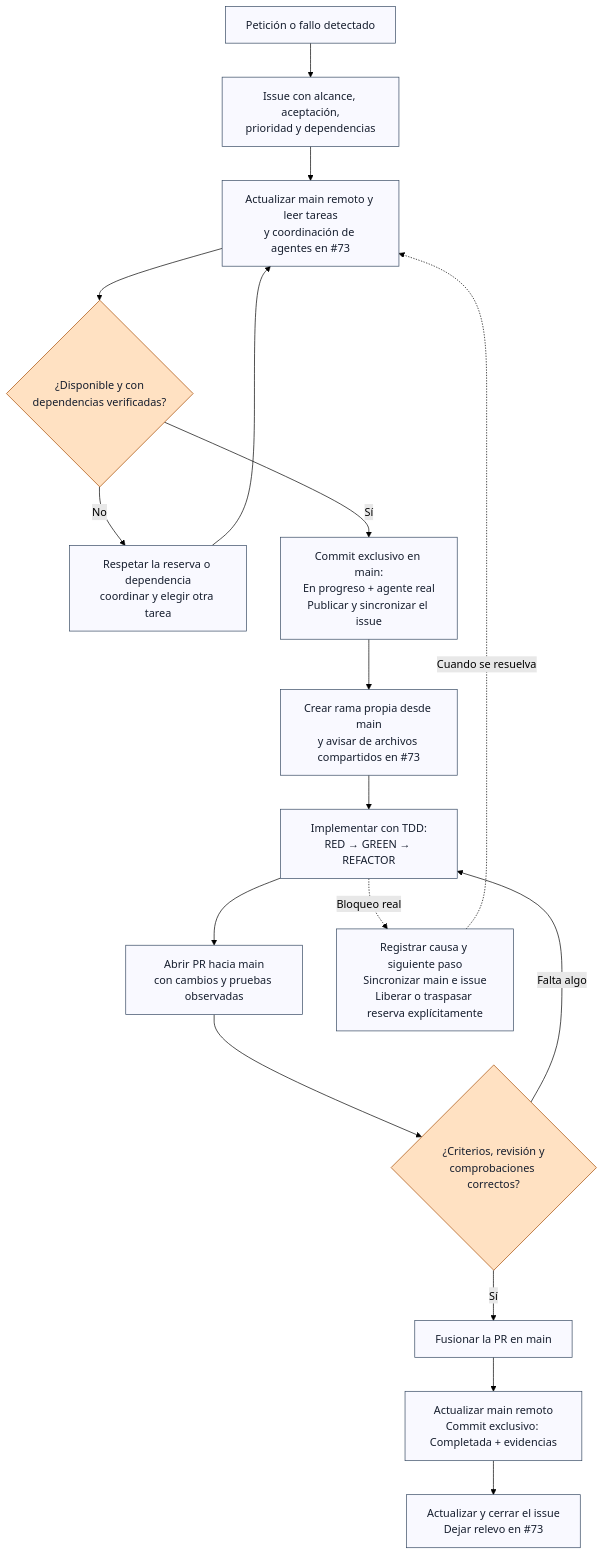
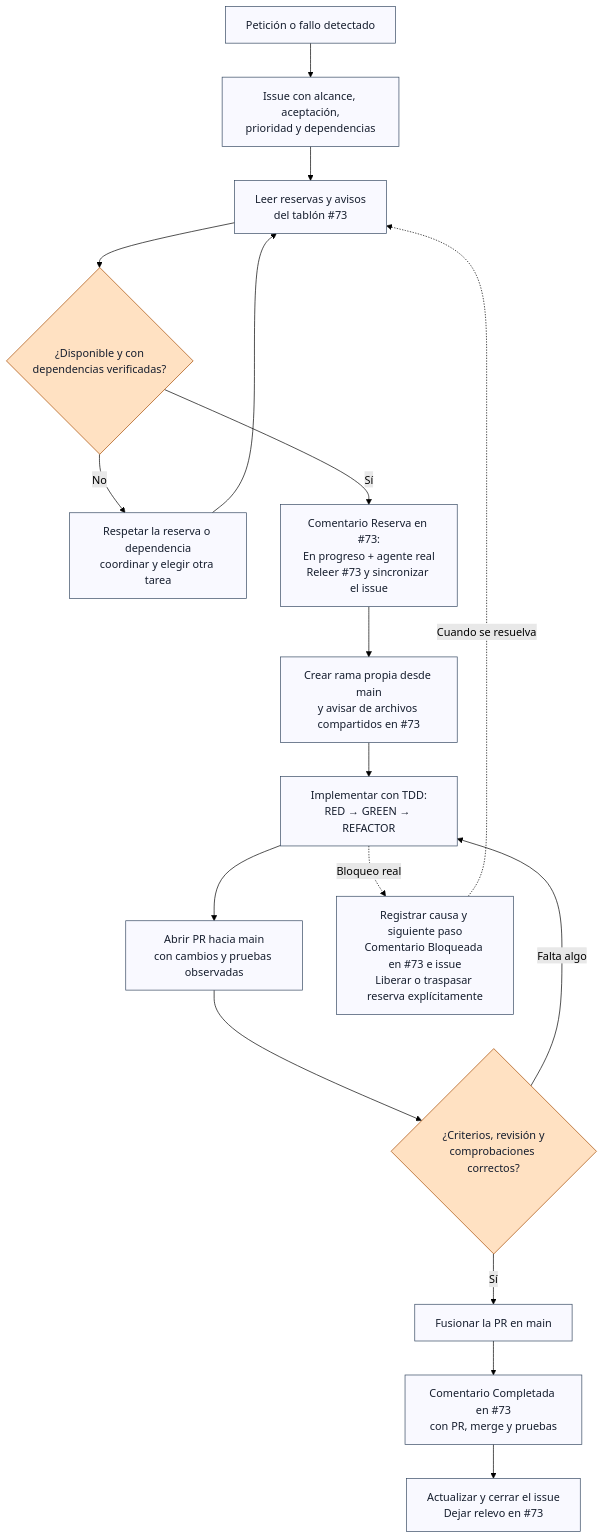
Before and after one commit to migdlp/opinion-social-media: the first of 3 diagrams in docs/flujo-trabajo.md, drawn with Mermaid (forest theme). The commit also changed other lines of this file and 5 other files, not shown here.

First line of the commit message:
docs(coordinación): reservar y seguir tareas en el issue #73 en vez de commits en main (D-043)

````diff
--- a/docs/flujo-trabajo.md
+++ b/docs/flujo-trabajo.md
@@ -9,25 +9,25 @@
 ```mermaid
 flowchart TD
     accTitle: Ciclo de trabajo de una tarea
     accDescr: Petición, backlog, reserva publicada, rama propia, pruebas y PR, integración, actualización del estado y cierre del issue. Los bloqueos se registran y las reservas se liberan de forma explícita.
     A["Petición o fallo detectado"] --> B["Issue con alcance, aceptación,<br/>prioridad y dependencias"]
-    B --> C["Actualizar main remoto y leer tareas<br/>y coordinación de agentes en #73"]
+    B --> C["Leer reservas y avisos<br/>del tablón #73"]
     C --> D{"¿Disponible y con<br/>dependencias verificadas?"}
     D -->|No| E["Respetar la reserva o dependencia<br/>coordinar y elegir otra tarea"]
     E --> C
-    D -->|Sí| F["Commit exclusivo en main:<br/>En progreso + agente real<br/>Publicar y sincronizar el issue"]
+    D -->|Sí| F["Comentario Reserva en #73:<br/>En progreso + agente real<br/>Releer #73 y sincronizar el issue"]
     F --> G["Crear rama propia desde main<br/>y avisar de archivos compartidos en #73"]
     G --> H["Implementar con TDD:<br/>RED → GREEN → REFACTOR"]
     H --> I["Abrir PR hacia main<br/>con cambios y pruebas observadas"]
     I --> J{"¿Criterios, revisión y<br/>comprobaciones correctos?"}
     J -->|Falta algo| H
     J -->|Sí| K["Fusionar la PR en main"]
-    K --> L["Actualizar main remoto<br/>Commit exclusivo: Completada + evidencias"]
+    K --> L["Comentario Completada en #73<br/>con PR, merge y pruebas"]
     L --> M["Actualizar y cerrar el issue<br/>Dejar relevo en #73"]
-    H -. Bloqueo real .-> N["Registrar causa y siguiente paso<br/>Sincronizar main e issue<br/>Liberar o traspasar reserva explícitamente"]
+    H -. Bloqueo real .-> N["Registrar causa y siguiente paso<br/>Comentario Bloqueada en #73 e issue<br/>Liberar o traspasar reserva explícitamente"]
     N -. Cuando se resuelva .-> C
     classDef work fill:#F9F9FF,stroke:#354861,color:#161E2E;
     classDef gate fill:#FFE1C2,stroke:#A64B00,color:#161E2E;
     class A,B,C,E,F,G,H,I,K,L,M,N work;
     class D,J gate;
 ```
````
